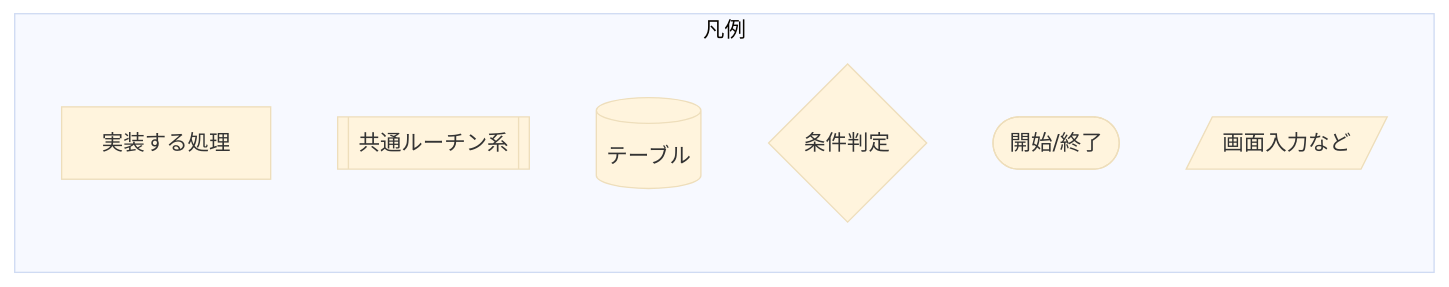
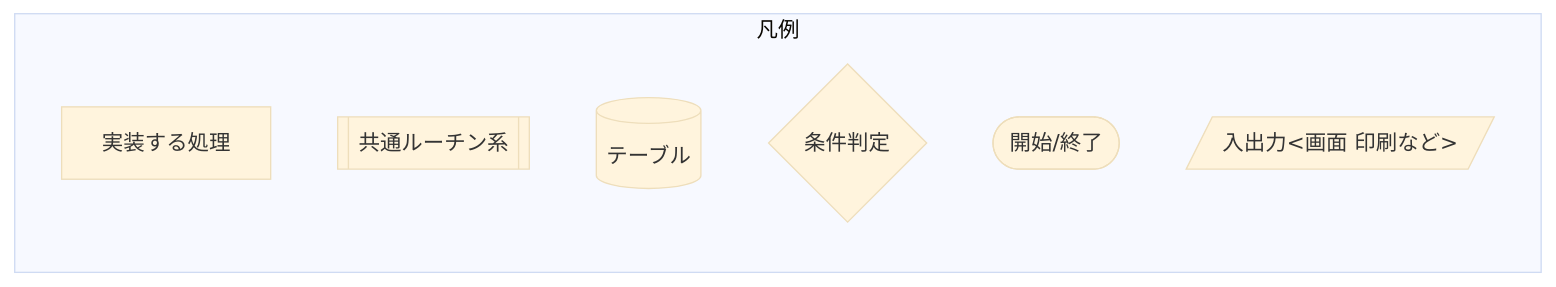
The first of 2 diagrams in API001.md (ChaosReadman/MDFILETEST), drawn with Mermaid before and after one commit.

Commit message:
入出力記述更新

````diff
--- a/API001.md
+++ b/API001.md
@@ -11,12 +11,12 @@
 ```mermaid
 %%{init:{'theme':'base'}}%%
 flowchart LR
     subgraph example [凡例]
         GenericProc[実装する処理]
         Common[[共通ルーチン系]]
         Tbl[(テーブル)]
         Cond{条件判定}
         StartEnd([開始/終了])
-        Input[/画面入力など/]
+        Input[/入出力<画面 印刷など>/]
     end
 ```
````
